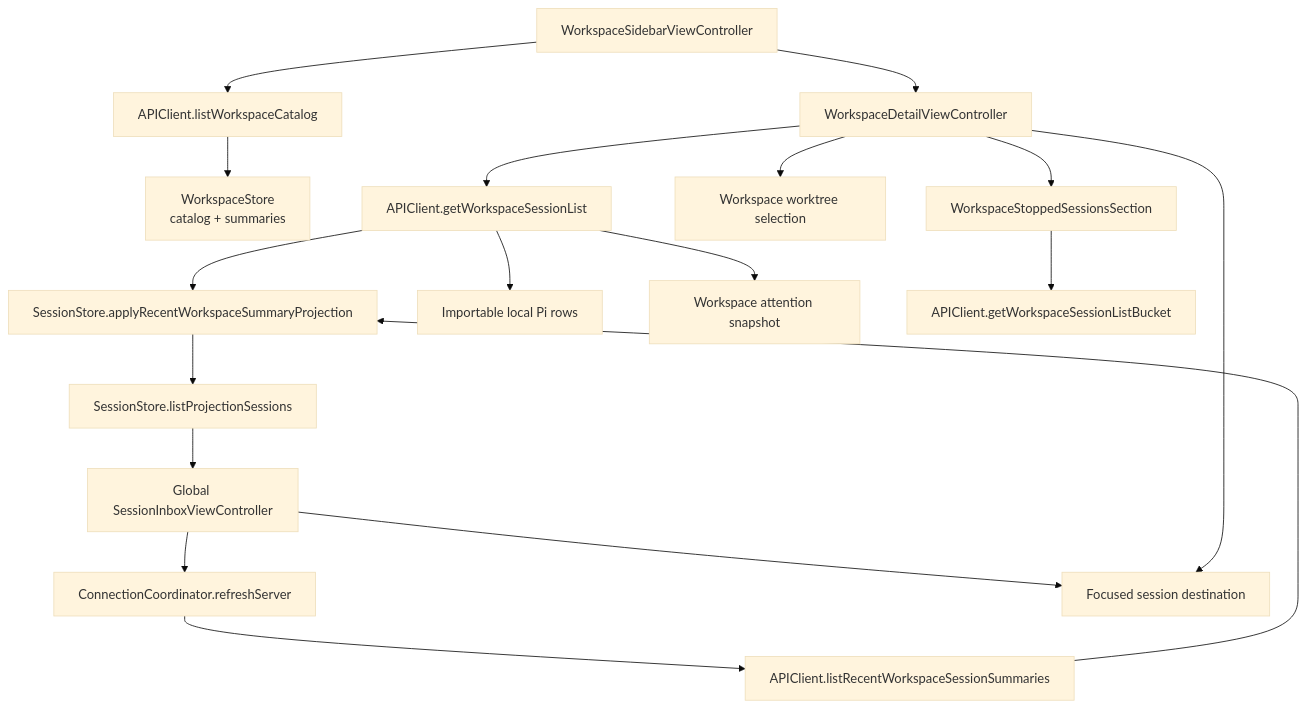
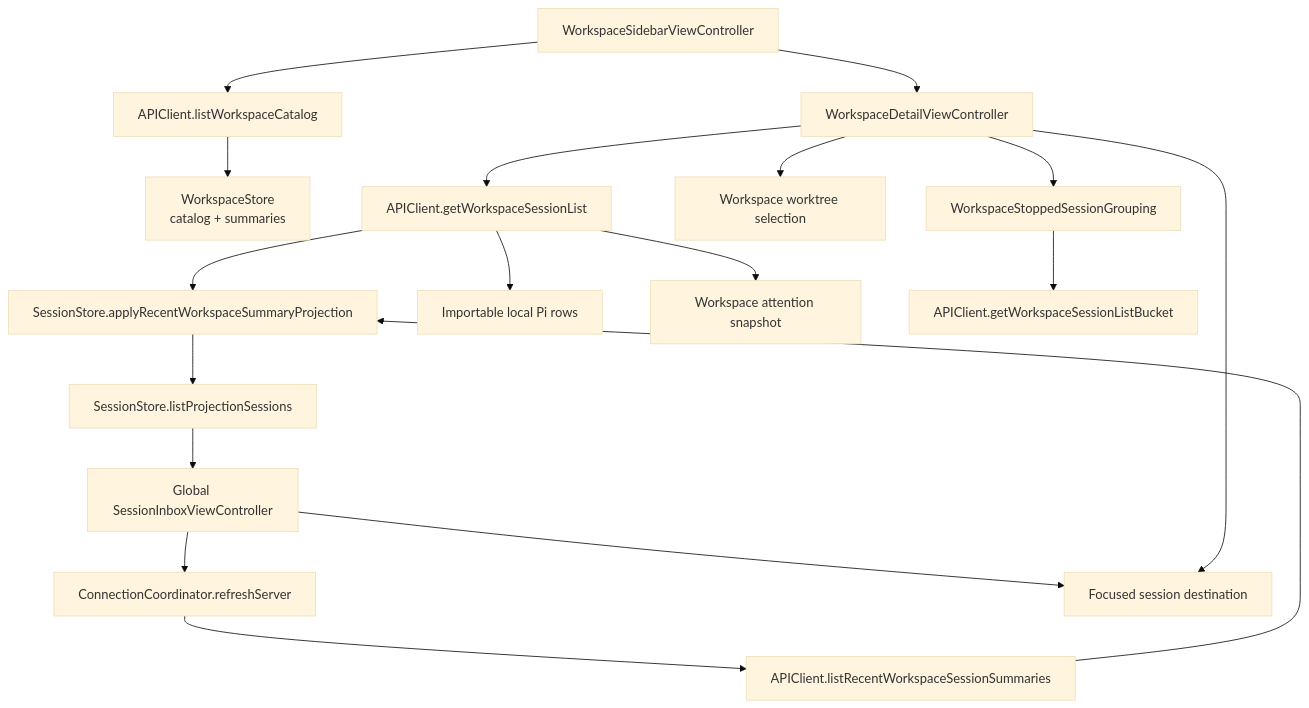
The second of 3 diagrams in dev/architecture-client/flows.md (duh17/oppi), drawn with Mermaid (base theme) before and after one commit. The commit also changed other lines of this file, not shown here.

Commit message:
docs: flows.md names the workspace creation intake and stopped grouping

````diff
--- a/dev/architecture-client/flows.md
+++ b/dev/architecture-client/flows.md
@@ -43,23 +43,23 @@
 ```mermaid
 graph TD
   Sidebar[WorkspaceSidebarViewController] --> CatalogAPI[APIClient.listWorkspaceCatalog]
   CatalogAPI --> WorkspaceStore[WorkspaceStore<br/>catalog + summaries]
 
   Inbox[Global SessionInboxViewController] --> Refresh[ConnectionCoordinator.refreshServer]
   Refresh --> RecentAPI[APIClient.listRecentWorkspaceSessionSummaries]
   RecentAPI --> SessionStore[SessionStore.applyRecentWorkspaceSummaryProjection]
   SessionStore --> Projection[SessionStore.listProjectionSessions]
   Projection --> Inbox
 
   Sidebar --> Detail[WorkspaceDetailViewController]
   Detail --> WorkspaceAPI[APIClient.getWorkspaceSessionList]
   WorkspaceAPI --> SessionStore
   WorkspaceAPI --> LocalRows[Importable local Pi rows]
   WorkspaceAPI --> Attention[Workspace attention snapshot]
   Detail --> Worktrees[Workspace worktree selection]
-  Detail --> Stopped[WorkspaceStoppedSessionsSection]
+  Detail --> Stopped[WorkspaceStoppedSessionGrouping]
   Stopped --> BucketAPI[APIClient.getWorkspaceSessionListBucket]
 
   Inbox --> Chat[Focused session destination]
   Detail --> Chat
 ```
````
